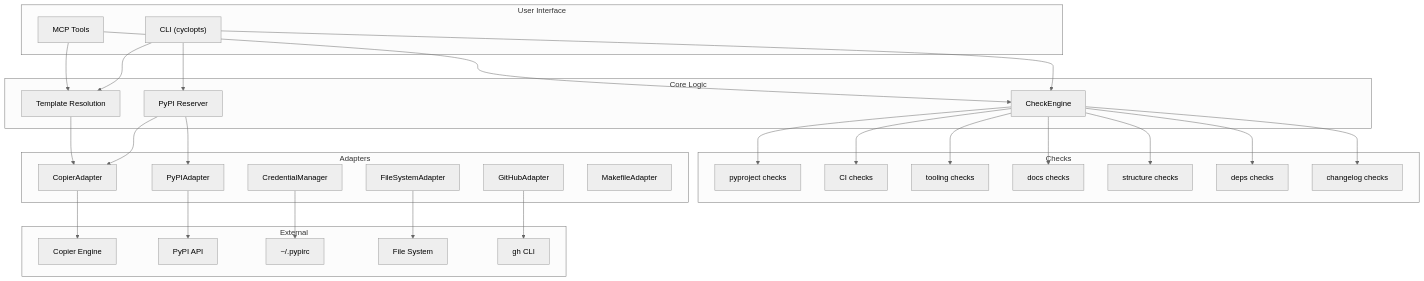
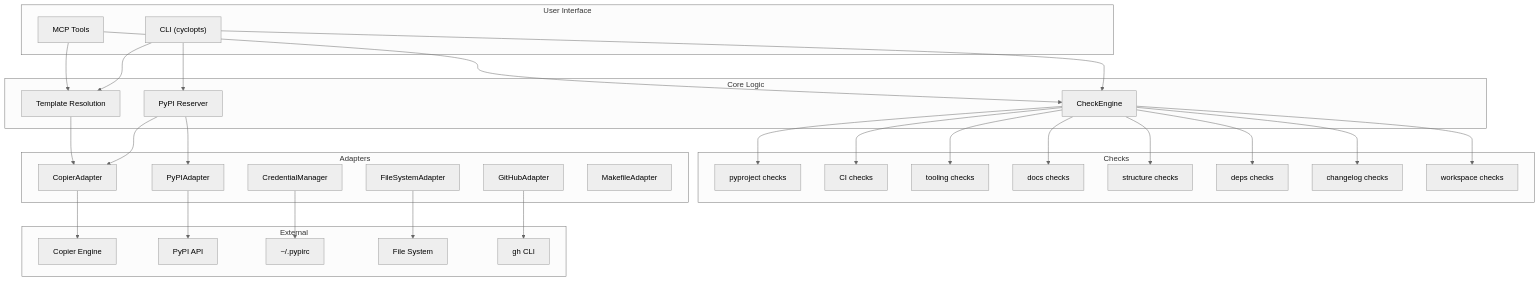
Before and after one commit to axm-protocols/axm-forge: the diagram in docs/explanation/architecture.md, drawn with Mermaid (neutral theme). The commit also changed other lines of this file and 4 other files, not shown here.

````diff
--- a/docs/explanation/architecture.md
+++ b/docs/explanation/architecture.md
@@ -7,61 +7,63 @@
 ```mermaid
 graph TD
     subgraph "User Interface"
         CLI["CLI (cyclopts)"]
         MCP["MCP Tools"]
     end
 
     subgraph "Core Logic"
         CheckEngine["CheckEngine"]
         Templates["Template Resolution"]
         Reserver["PyPI Reserver"]
     end
 
     subgraph "Checks"
         PyprojectChecks["pyproject checks"]
         CIChecks["CI checks"]
         ToolingChecks["tooling checks"]
         DocsChecks["docs checks"]
         StructureChecks["structure checks"]
         DepsChecks["deps checks"]
         ChangelogChecks["changelog checks"]
+        WorkspaceChecks["workspace checks"]
     end
 
     subgraph "Adapters"
         Copier["CopierAdapter"]
         PyPI["PyPIAdapter"]
         Creds["CredentialManager"]
         FS["FileSystemAdapter"]
         GH["GitHubAdapter"]
         Makefile["MakefileAdapter"]
     end
 
     subgraph "External"
         CopierEngine["Copier Engine"]
         PyPIAPI["PyPI API"]
         PyPIRC["~/.pypirc"]
         Disk["File System"]
         GHCLI["gh CLI"]
     end
 
     CLI --> CheckEngine
     CLI --> Templates
     CLI --> Reserver
     MCP --> CheckEngine
     MCP --> Templates
     CheckEngine --> PyprojectChecks
     CheckEngine --> CIChecks
     CheckEngine --> ToolingChecks
     CheckEngine --> DocsChecks
     CheckEngine --> StructureChecks
     CheckEngine --> DepsChecks
     CheckEngine --> ChangelogChecks
+    CheckEngine --> WorkspaceChecks
     Reserver --> PyPI
     Reserver --> Copier
     Templates --> Copier
     Copier --> CopierEngine
     PyPI --> PyPIAPI
     Creds --> PyPIRC
     FS --> Disk
     GH --> GHCLI
 ```
````
